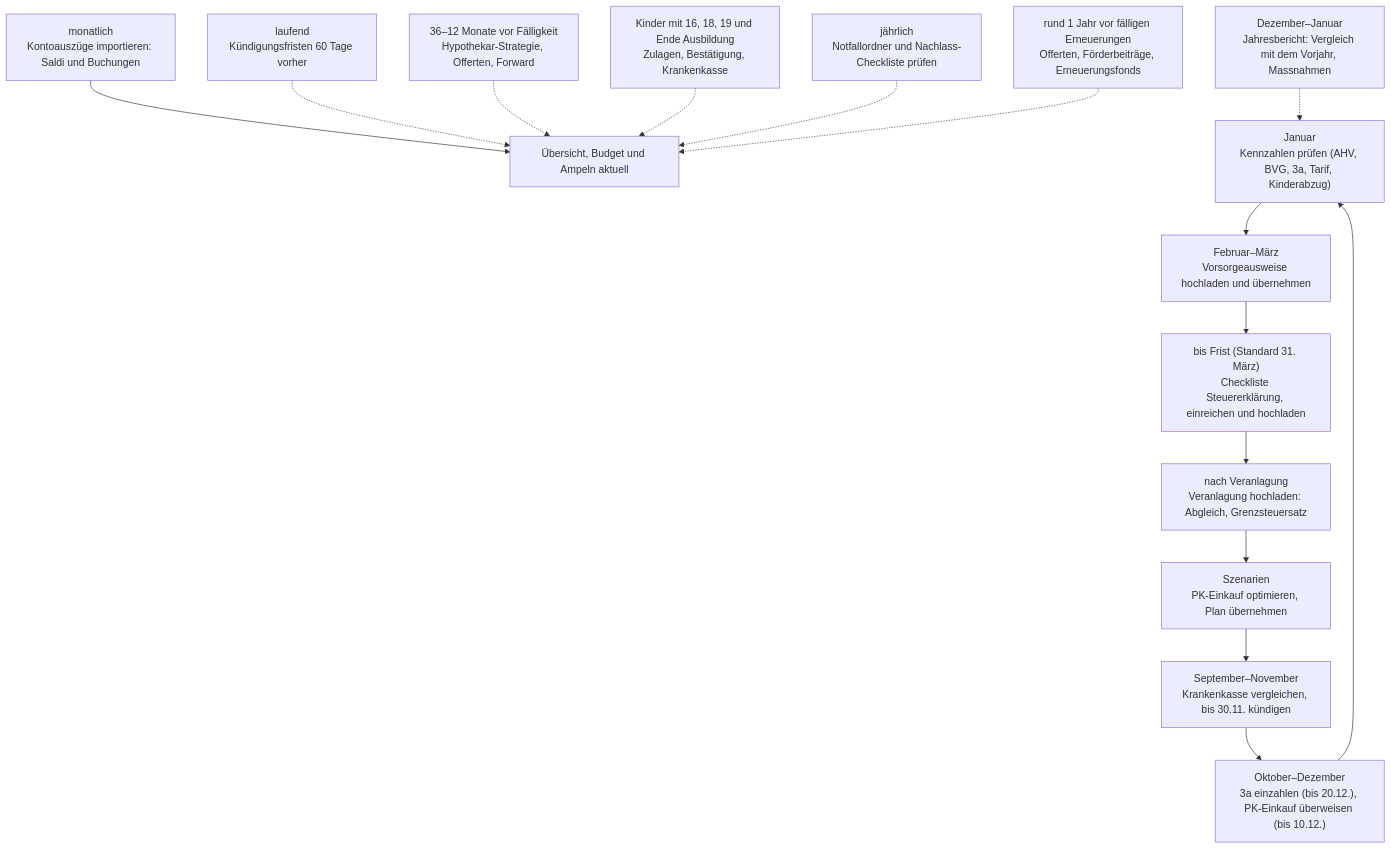
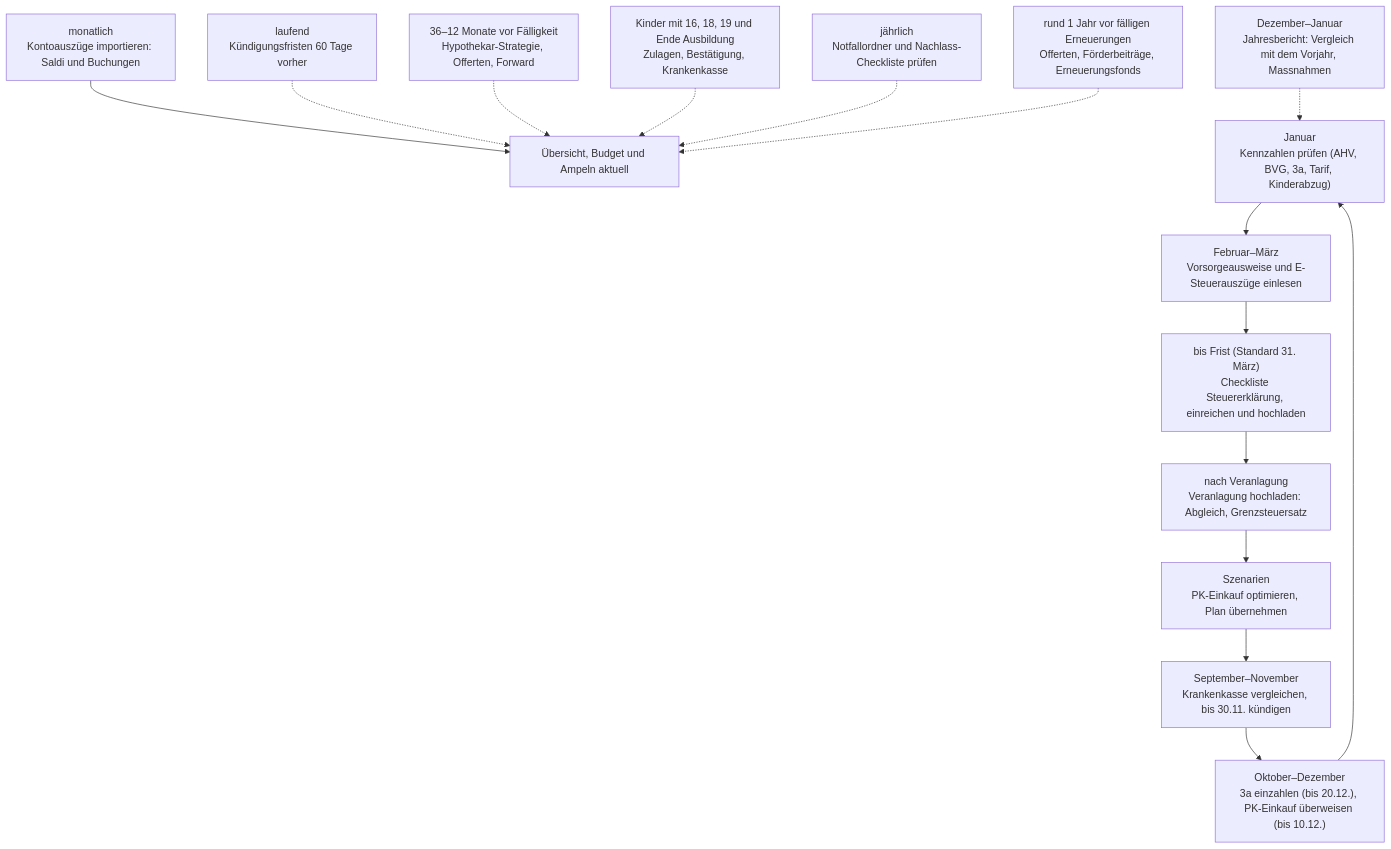
Before and after one commit to khu1985/finanz-ha: the diagram in docs/prozess-jahr.mmd, drawn with Mermaid. The commit also changed 9 other files, not shown here.

```diff
--- a/docs/prozess-jahr.mmd
+++ b/docs/prozess-jahr.mmd
@@ -1,15 +1,15 @@
 flowchart TD
     M["monatlich<br/>Kontoauszüge importieren: Saldi und Buchungen"] --> UE["Übersicht, Budget und Ampeln aktuell"]
     J["Januar<br/>Kennzahlen prüfen (AHV, BVG, 3a, Tarif, Kinderabzug)"] --> F
-    F["Februar–März<br/>Vorsorgeausweise hochladen und übernehmen"] --> SE
+    F["Februar–März<br/>Vorsorgeausweise und E-Steuerauszüge einlesen"] --> SE
     SE["bis Frist (Standard 31. März)<br/>Checkliste Steuererklärung, einreichen und hochladen"] --> VE
     VE["nach Veranlagung<br/>Veranlagung hochladen: Abgleich, Grenzsteuersatz"] --> SZ
     SZ["Szenarien<br/>PK-Einkauf optimieren, Plan übernehmen"] --> KV
     KV["September–November<br/>Krankenkasse vergleichen, bis 30.11. kündigen"] --> DZ
     DZ["Oktober–Dezember<br/>3a einzahlen (bis 20.12.), PK-Einkauf überweisen (bis 10.12.)"] --> J
     VT["laufend<br/>Kündigungsfristen 60 Tage vorher"] -.-> UE
     HY["36–12 Monate vor Fälligkeit<br/>Hypothekar-Strategie, Offerten, Forward"] -.-> UE
     KD["Kinder mit 16, 18, 19 und Ende Ausbildung<br/>Zulagen, Bestätigung, Krankenkasse"] -.-> UE
     NO["jährlich<br/>Notfallordner und Nachlass-Checkliste prüfen"] -.-> UE
     JB["Dezember–Januar<br/>Jahresbericht: Vergleich mit dem Vorjahr, Massnahmen"] -.-> J
     LG["rund 1 Jahr vor fälligen Erneuerungen<br/>Offerten, Förderbeiträge, Erneuerungsfonds"] -.-> UE
```
